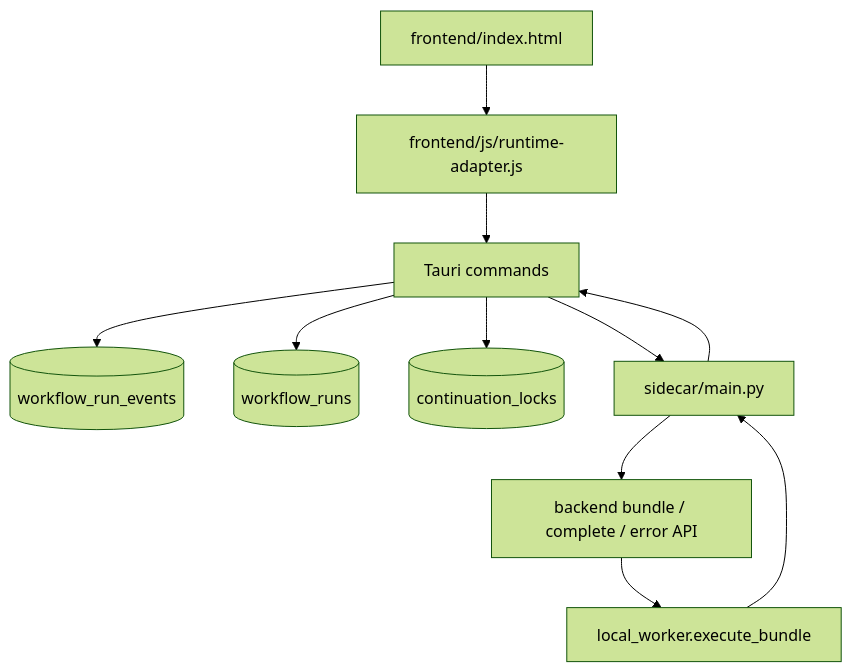
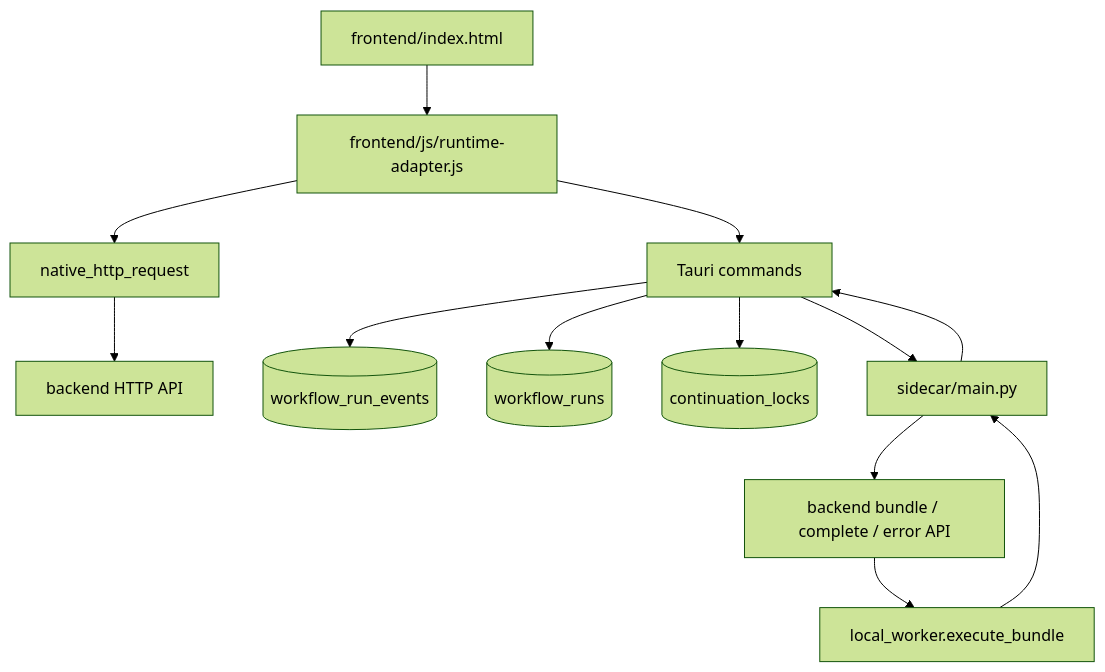
Before and after one commit to yushihonda/prompt-provision-tool: the diagram in docs/README_FULL.md, drawn with Mermaid (forest theme). The commit also changed other lines of this file and 35 other files, not shown here.

````diff
--- a/docs/README_FULL.md
+++ b/docs/README_FULL.md
@@ -38,13 +46,15 @@
 ```mermaid
 flowchart TD
     DesktopHome[frontend/index.html] --> Adapter[frontend/js/runtime-adapter.js]
+    Adapter --> NativeHttp[native_http_request]
+    NativeHttp --> BackendHttp[backend HTTP API]
     Adapter --> Tauri[Tauri commands]
     Tauri --> Events[(workflow_run_events)]
     Tauri --> Runs[(workflow_runs)]
     Tauri --> Locks[(continuation_locks)]
     Tauri --> Sidecar[sidecar/main.py]
     Sidecar --> Bundle[backend bundle / complete / error API]
     Bundle --> Provider[local_worker.execute_bundle]
     Provider --> Sidecar
     Sidecar --> Tauri
 ```
````
